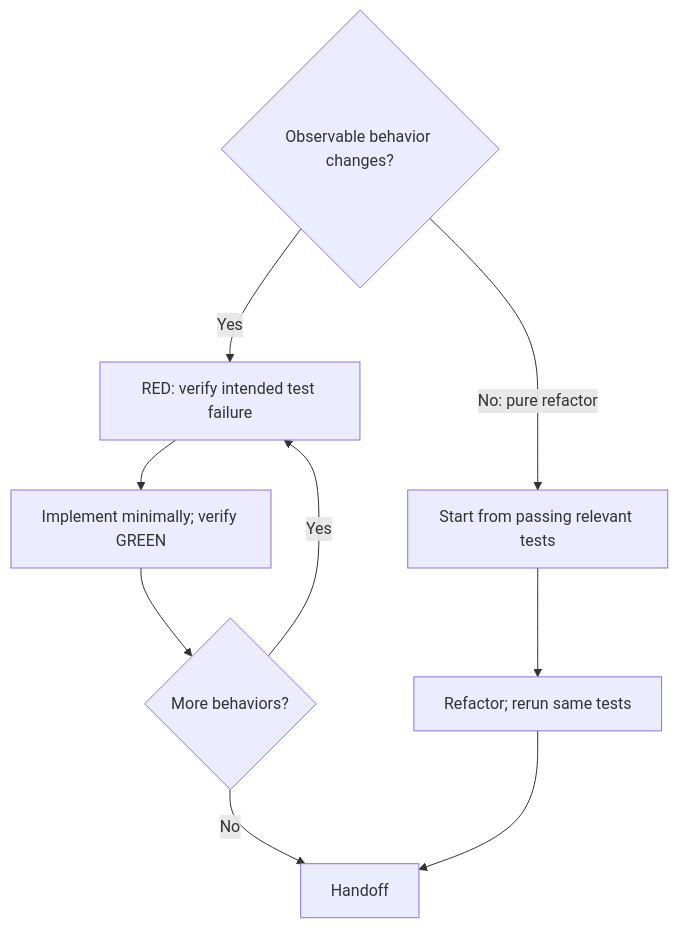
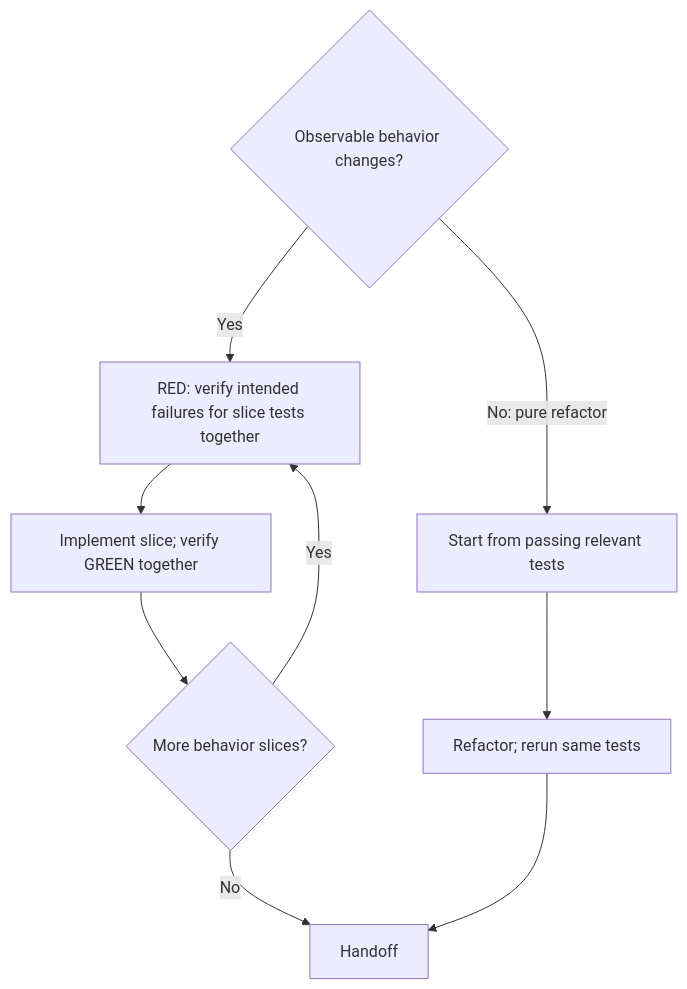
Before and after one commit to UseTheFork/spindle: the diagram in .github/skills/int-test-driven-development/SKILL.md, drawn with Mermaid. The commit also changed other lines of this file and 3 other files, not shown here.

````diff
--- a/.github/skills/int-test-driven-development/SKILL.md
+++ b/.github/skills/int-test-driven-development/SKILL.md
@@ -24,12 +24,12 @@
 ```mermaid
 flowchart TD
     A{Observable behavior changes?}
-    A -- Yes --> B[RED: verify intended test failure]
-    B --> C[Implement minimally; verify GREEN]
-    C --> D{More behaviors?}
+    A -- Yes --> B[RED: verify intended failures for slice tests together]
+    B --> C[Implement slice; verify GREEN together]
+    C --> D{More behavior slices?}
     D -- Yes --> B
     D -- No --> E[Handoff]
     A -- No: pure refactor --> F[Start from passing relevant tests]
     F --> G[Refactor; rerun same tests]
     G --> E
 ```
````
